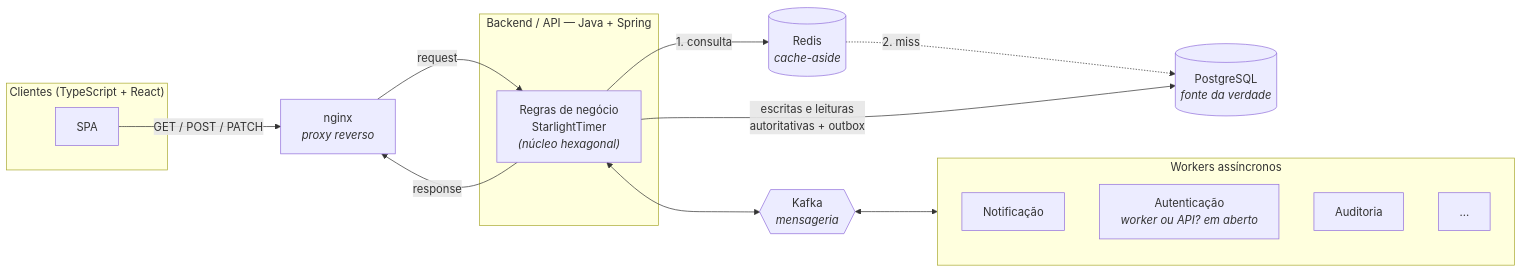
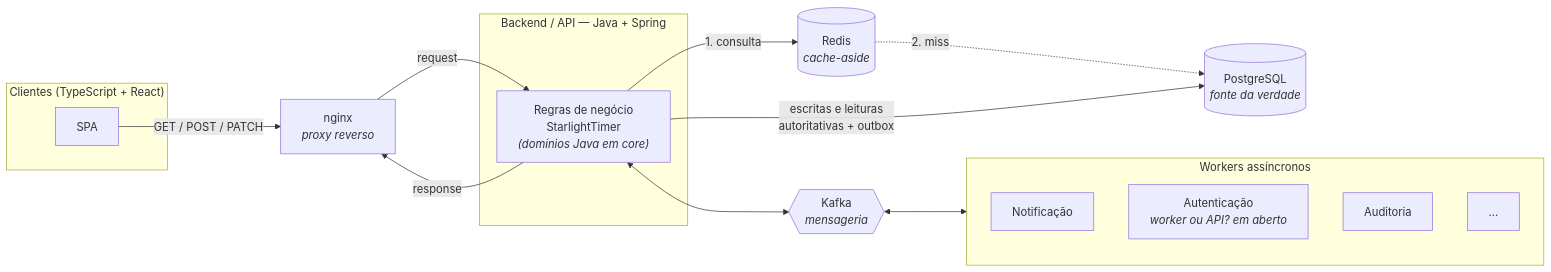
The diagram in docs/Contexo.md (muliroZ/StarlightTimer), drawn with Mermaid before and after one commit. The commit also changed other lines of this file and 5 other files, not shown here.

````diff
--- a/docs/Contexo.md
+++ b/docs/Contexo.md
@@ -137,32 +137,32 @@
 ```mermaid
 graph LR
     subgraph Clientes["Clientes (TypeScript + React)"]
         C1["SPA"]
     end
 
     NGINX["nginx<br/><i>proxy reverso</i>"]
 
     subgraph API["Backend / API — Java + Spring"]
-        CORE["Regras de negócio<br/>StarlightTimer<br/><i>(núcleo hexagonal)</i>"]
+        CORE["Regras de negócio<br/>StarlightTimer<br/><i>(domínios Java em core)</i>"]
     end
 
     REDIS[("Redis<br/><i>cache-aside</i>")]
     PG[("PostgreSQL<br/><i>fonte da verdade</i>")]
     KAFKA{{"Kafka<br/><i>mensageria</i>"}}
 
     subgraph Workers["Workers assíncronos"]
         W1["Notificação"]
         W2["Autenticação<br/><i>worker ou API? em aberto</i>"]
         W3["Auditoria"]
         W4["..."]
     end
 
     C1 -->|"GET / POST / PATCH"| NGINX
     NGINX -->|"request"| CORE
     CORE -->|"response"| NGINX
     CORE -->|"1. consulta"| REDIS
     REDIS -.->|"2. miss"| PG
     CORE -->|"escritas e leituras<br/>autoritativas + outbox"| PG
     CORE <--> KAFKA
     KAFKA <--> Workers
 ```
````
